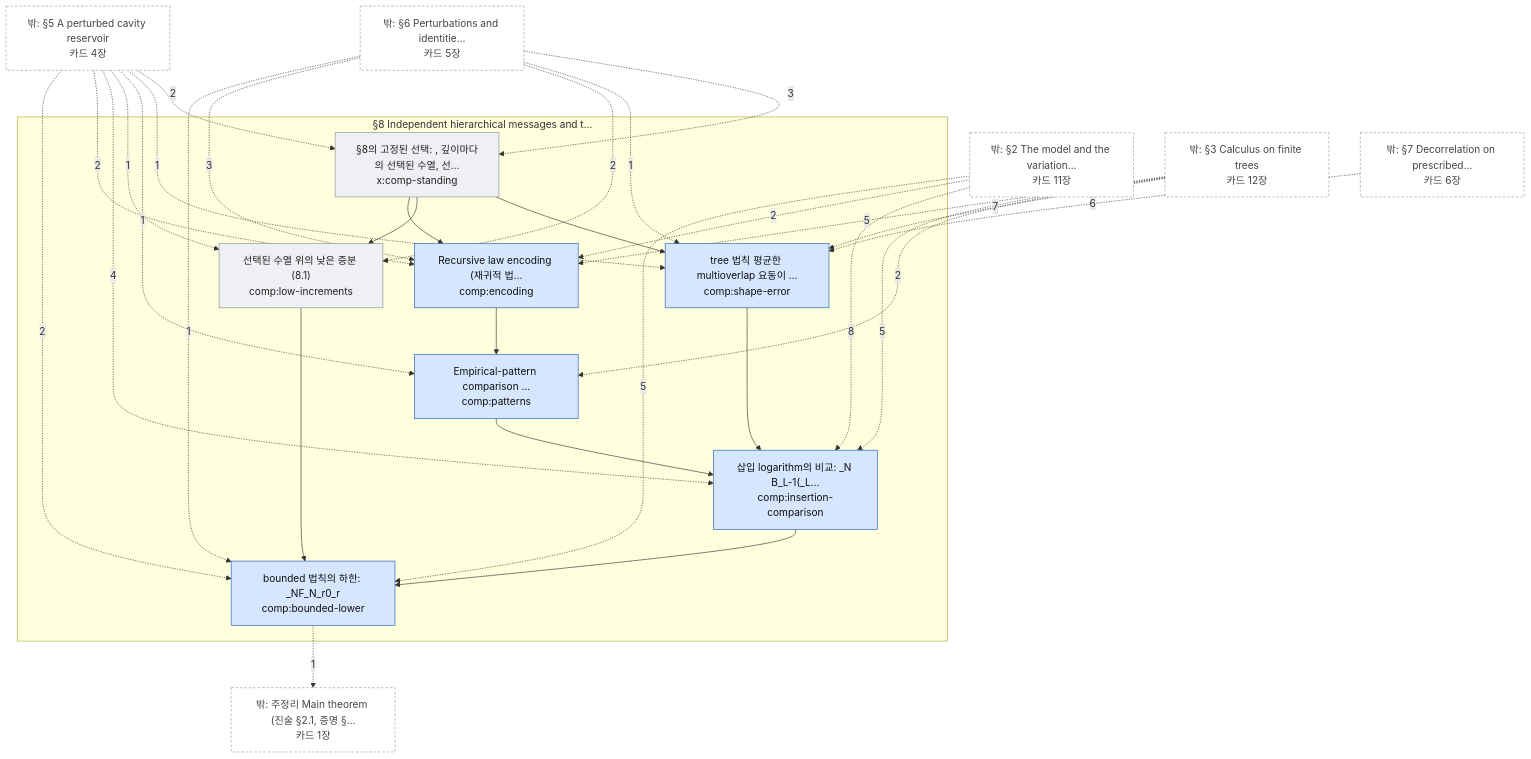
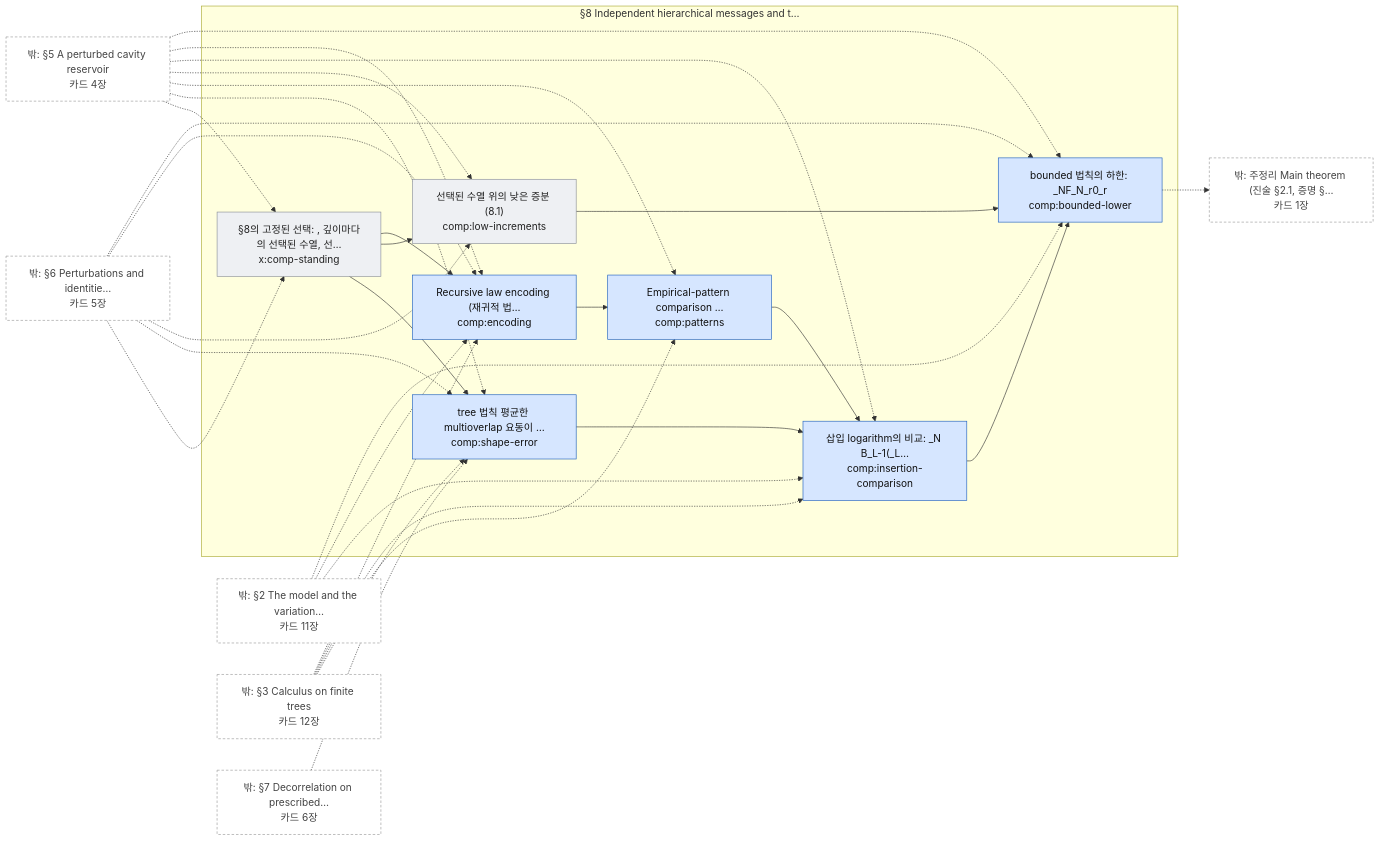
The diagram in redesign/build/artifact/maps/sec-comparison.mmd (EuijinJeon/math2phys-site), drawn with Mermaid before and after one commit. The commit also changed 60 other files, not shown here.

First line of the commit message:
redesign: 미검증 진행분 보존 (exact 판정 중단분: 카드 22장·용어집·규칙 표·SCHEMA, 도구 보강 중단분: build.py·지도·사이트)

```diff
--- a/redesign/build/artifact/maps/sec-comparison.mmd
+++ b/redesign/build/artifact/maps/sec-comparison.mmd
@@ -1,64 +1,64 @@
-flowchart TB
+flowchart LR
   subgraph IN["§8 Independent hierarchical messages and t…"]
     a0["bounded 법칙의 하한: _NF_N_r0_r<br/>comp:bounded-lower"]
     a1["Recursive law encoding (재귀적 법…<br/>comp:encoding"]
     a2["삽입 logarithm의 비교: _N B_L-1(_L…<br/>comp:insertion-comparison"]
     a3["선택된 수열 위의 낮은 증분 (8.1)<br/>comp:low-increments"]
     a4["Empirical-pattern comparison …<br/>comp:patterns"]
     a5["tree 법칙 평균한 multioverlap 요동이 …<br/>comp:shape-error"]
     a6["§8의 고정된 선택: , 깊이마다의 선택된 수열, 선…<br/>x:comp-standing"]
   end
   X0["밖: §2 The model and the variation…<br/>카드 11장"]
   X1["밖: 주정리 Main theorem (진술 §2.1, 증명 §…<br/>카드 1장"]
   X2["밖: §3 Calculus on finite trees<br/>카드 12장"]
   X3["밖: §5 A perturbed cavity reservoir<br/>카드 4장"]
   X4["밖: §6 Perturbations and identitie…<br/>카드 5장"]
   X5["밖: §7 Decorrelation on prescribed…<br/>카드 6장"]
   a1 --> a4
   a2 --> a0
   a3 --> a0
   a4 --> a2
   a5 --> a2
   a6 --> a1
   a6 --> a3
   a6 --> a5
-  X0 -.->|5| a0
-  a0 -.->|1| X1
-  X3 -.->|2| a0
-  X4 -.->|1| a0
-  X0 -.->|2| a1
-  X2 -.->|5| a1
-  X3 -.->|2| a1
-  X4 -.->|3| a1
-  X0 -.->|8| a2
-  X2 -.->|5| a2
-  X3 -.->|4| a2
-  X3 -.->|1| a3
-  X4 -.->|2| a3
-  X2 -.->|2| a4
-  X3 -.->|1| a4
-  X2 -.->|7| a5
-  X3 -.->|1| a5
-  X4 -.->|1| a5
-  X5 -.->|6| a5
-  X3 -.->|2| a6
-  X4 -.->|3| a6
+  X0 -.-> a0
+  a0 -.-> X1
+  X3 -.-> a0
+  X4 -.-> a0
+  X0 -.-> a1
+  X2 -.-> a1
+  X3 -.-> a1
+  X4 -.-> a1
+  X0 -.-> a2
+  X2 -.-> a2
+  X3 -.-> a2
+  X3 -.-> a3
+  X4 -.-> a3
+  X2 -.-> a4
+  X3 -.-> a4
+  X2 -.-> a5
+  X3 -.-> a5
+  X4 -.-> a5
+  X5 -.-> a5
+  X3 -.-> a6
+  X4 -.-> a6
   classDef thm fill:#d6e6ff,stroke:#1f5fbf,color:#111;
   classDef oth fill:#eef0f3,stroke:#8a8f98,color:#222;
   classDef ext fill:#fff,stroke:#999,stroke-dasharray:4 3,color:#444;
   class a0,a1,a2,a4,a5 thm;
   class a3,a6 oth;
   class X0,X1,X2,X3,X4,X5 ext;
   click a0 "cards/comp.bounded-lower.html"
   click a1 "cards/comp.encoding.html"
   click a2 "cards/comp.insertion-comparison.html"
   click a3 "cards/comp.low-increments.html"
   click a4 "cards/comp.patterns.html"
   click a5 "cards/comp.shape-error.html"
   click a6 "cards/x.comp-standing.html"
   click X0 "map-model.html"
   click X1 "map-main.html"
   click X2 "map-trees.html"
   click X3 "map-cavity.html"
   click X4 "map-perturbations.html"
   click X5 "map-decorrelation.html"
```
